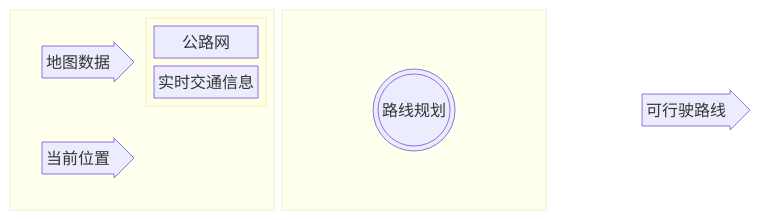
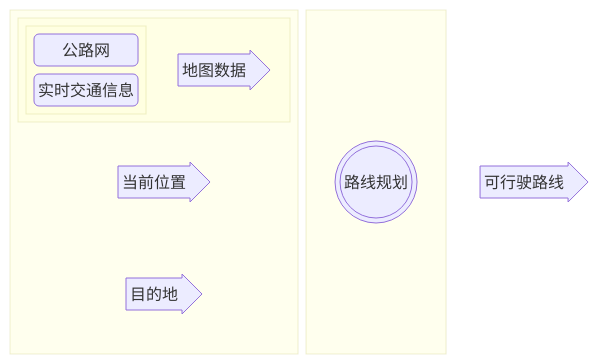
The third of 3 diagrams in automatic_driving/apollo/self-driving_fundamentals.md (fenwickxie/notes), drawn with Mermaid before and after one commit. The commit also changed other lines of this file and 1 other file, not shown here.

````diff
--- a/automatic_driving/apollo/self-driving_fundamentals.md
+++ b/automatic_driving/apollo/self-driving_fundamentals.md
@@ -137,20 +137,25 @@
-```mermaid
-block-beta
-columns 4
-  block:block0
-    columns 2
-    blockArrowId1<["地图数据"]>(right):1
+  ```mermaid
+  block-beta
+  columns 4
+    block:block0:2
+      columns 1
+      block:block00:1
+        columns 2
+        block:block000:1
+          columns 1
+          A("公路网"):1
+          B("实时交通信息"):1
+        end
+        blockArrowId1<["地图数据"]>(right):1
+      end
+      blockArrowId3<["当前位置"]>(right):1
+      blockArrowId4<["目的地"]>(right):1
+    end
+
     block:block1:1
-      columns 1
-      A["公路网"]
-      B["实时交通信息"]
+      C((("路线规划")))
     end
-    blockArrowId3<["当前位置"]>(right):1
-  end
 
-  block:block2:1
-    columns 1
-    C((("路线规划")))
-  end
-  blockArrowId2<["可行驶路线"]>(right):1
-```
+    blockArrowId2<["可行驶路线"]>(right):1
+
+  ```
````
